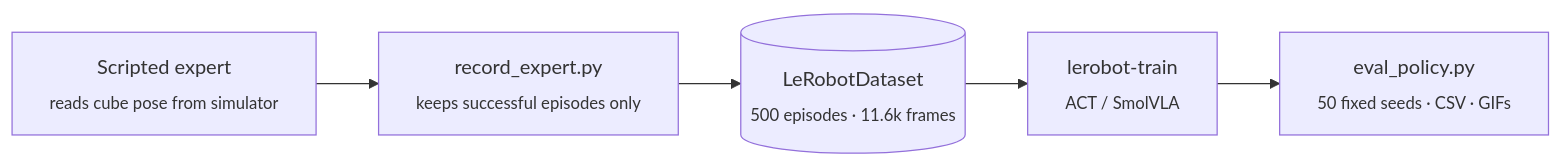
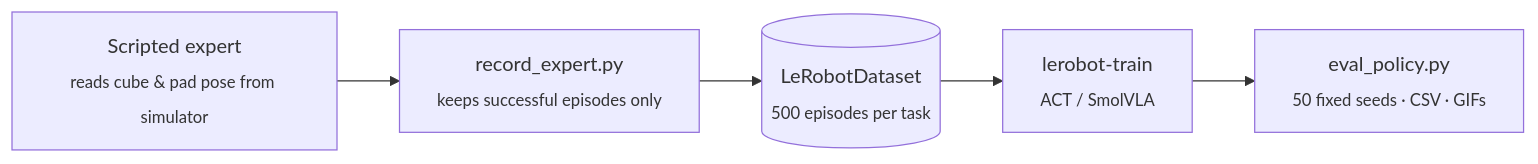
Before and after one commit to ShreyasKhobragade/vla: the diagram in README.md, drawn with Mermaid. The commit also changed other lines of this file and 57 other files, not shown here.

````diff
--- a/README.md
+++ b/README.md
@@ -55,7 +110,7 @@
 ```mermaid
 flowchart LR
-    A["Scripted expert<br/><sub>reads cube pose from simulator</sub>"] --> B["record_expert.py<br/><sub>keeps successful episodes only</sub>"]
-    B --> C[("LeRobotDataset<br/><sub>500 episodes · 11.6k frames</sub>")]
+    A["Scripted expert<br/><sub>reads cube & pad pose from simulator</sub>"] --> B["record_expert.py<br/><sub>keeps successful episodes only</sub>"]
+    B --> C[("LeRobotDataset<br/><sub>500 episodes per task</sub>")]
     C --> D["lerobot-train<br/><sub>ACT / SmolVLA</sub>"]
     D --> E["eval_policy.py<br/><sub>50 fixed seeds · CSV · GIFs</sub>"]
 ```
````
